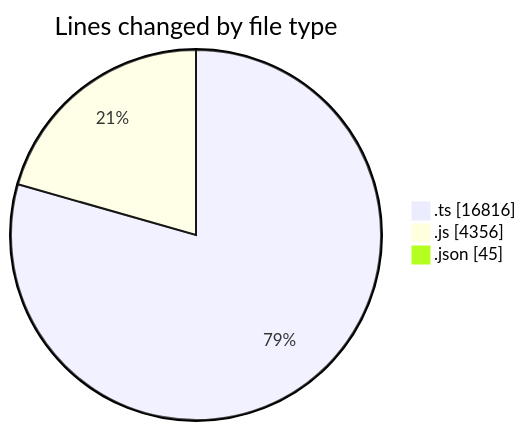
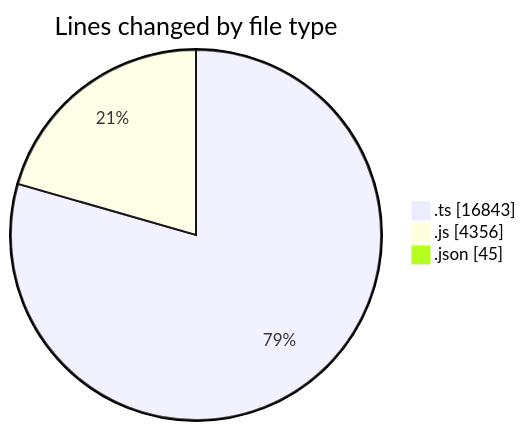
The first of 2 diagrams in 2025-07-29/cda/README.md (momahboobian/code-tracking), drawn with Mermaid before and after one commit. The commit also changed other lines of this file and 1 other file, not shown here.

````diff
--- a/2025-07-29/cda/README.md
+++ b/2025-07-29/cda/README.md
@@ -30,7 +30,7 @@
 ```mermaid
 pie showData
 title Lines changed by file type
-".ts" : 16816
+".ts" : 16843
 ".js" : 4356
 ".json" : 45
 ```
````
